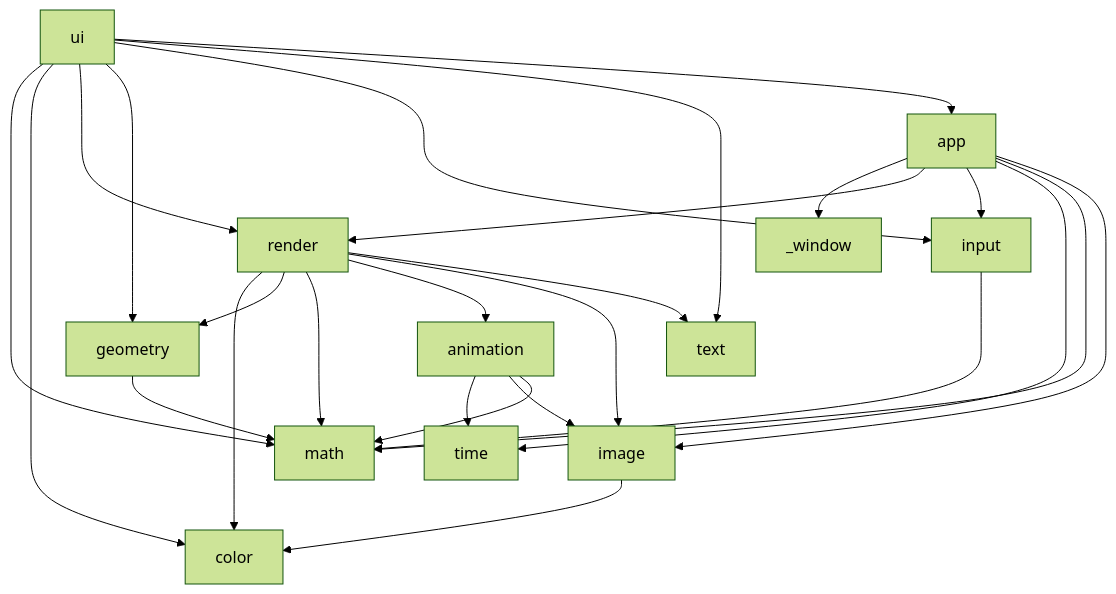
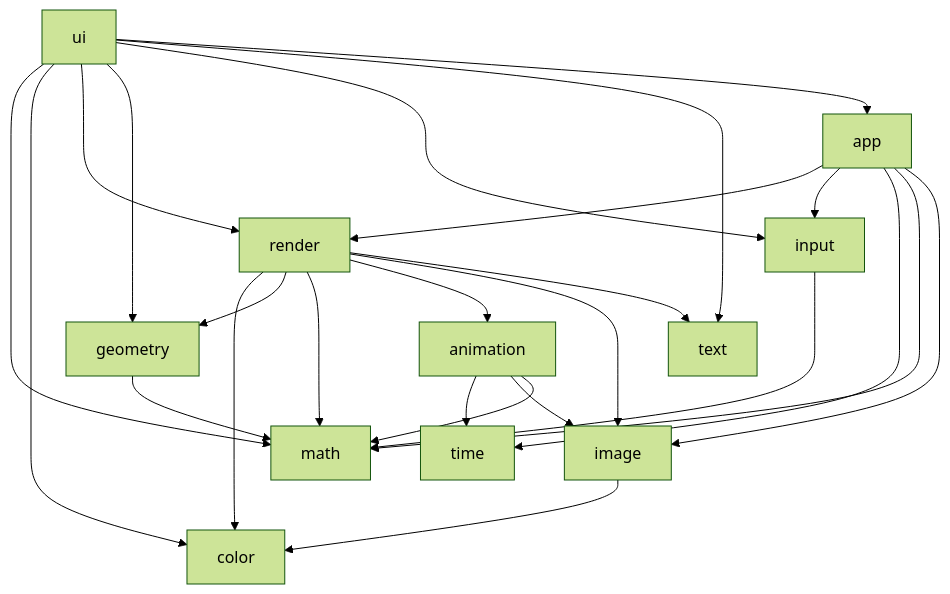
Before and after one commit to create-framework/create: the third of 3 diagrams in ARCHITECTURE.md, drawn with Mermaid (forest theme). The commit also changed other lines of this file, not shown here.

First line of the commit message:
docs: Leave app's own _window out of the import graph

````diff
--- a/ARCHITECTURE.md
+++ b/ARCHITECTURE.md
@@ -144,28 +144,27 @@
 ```mermaid
 flowchart TD
     image --> color
     ui --> math
-    app --> _window
     render --> color
     app --> render
     ui --> color
     render --> geometry
     ui --> render
     render --> math
     app --> input
     animation --> time
     animation --> image
     geometry --> math
     render --> animation
     render --> image
     render --> text
     ui --> geometry
     app --> time
     ui --> input
     app --> math
     ui --> text
     app --> image
     animation --> math
     input --> math
     ui --> app
 ```
````
